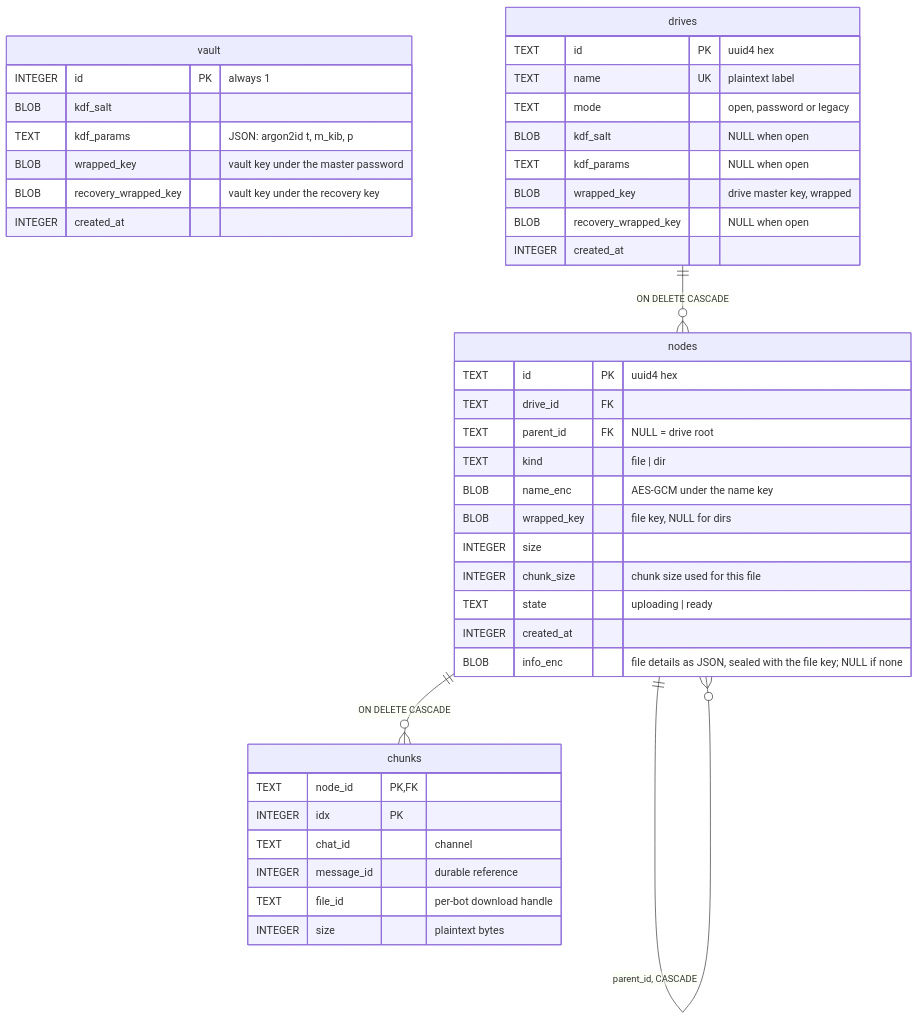
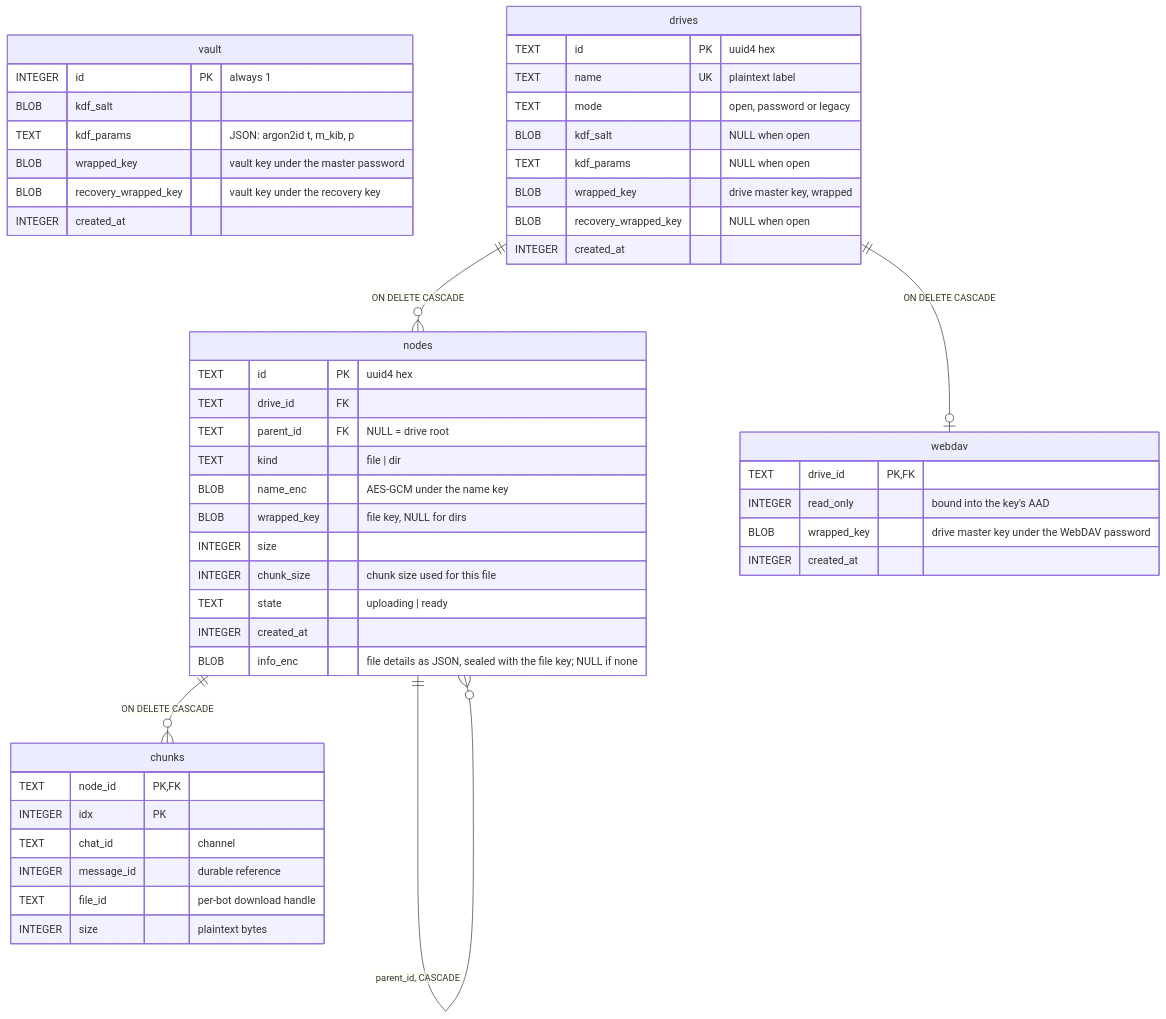
The first of 2 diagrams in docs/data-model.md (iusekarma/tgdrive), drawn with Mermaid before and after one commit. The commit also changed other lines of this file and 18 other files, not shown here.

First line of the commit message:
Add WebDAV access to drives

````diff
--- a/docs/data-model.md
+++ b/docs/data-model.md
@@ -6,45 +6,52 @@
 ```mermaid
 erDiagram
     vault {
         INTEGER id PK "always 1"
         BLOB kdf_salt
         TEXT kdf_params "JSON: argon2id t, m_kib, p"
         BLOB wrapped_key "vault key under the master password"
         BLOB recovery_wrapped_key "vault key under the recovery key"
         INTEGER created_at
     }
     drives {
         TEXT id PK "uuid4 hex"
         TEXT name UK "plaintext label"
         TEXT mode "open, password or legacy"
         BLOB kdf_salt "NULL when open"
         TEXT kdf_params "NULL when open"
         BLOB wrapped_key "drive master key, wrapped"
         BLOB recovery_wrapped_key "NULL when open"
         INTEGER created_at
     }
     nodes {
         TEXT id PK "uuid4 hex"
         TEXT drive_id FK
         TEXT parent_id FK "NULL = drive root"
         TEXT kind "file | dir"
         BLOB name_enc "AES-GCM under the name key"
         BLOB wrapped_key "file key, NULL for dirs"
         INTEGER size
         INTEGER chunk_size "chunk size used for this file"
         TEXT state "uploading | ready"
         INTEGER created_at
         BLOB info_enc "file details as JSON, sealed with the file key; NULL if none"
     }
+    webdav {
+        TEXT drive_id PK,FK
+        INTEGER read_only "bound into the key's AAD"
+        BLOB wrapped_key "drive master key under the WebDAV password"
+        INTEGER created_at
+    }
     chunks {
         TEXT node_id PK,FK
         INTEGER idx PK
         TEXT chat_id "channel"
         INTEGER message_id "durable reference"
         TEXT file_id "per-bot download handle"
         INTEGER size "plaintext bytes"
     }
     drives ||--o{ nodes : "ON DELETE CASCADE"
+    drives ||--o| webdav : "ON DELETE CASCADE"
     nodes ||--o{ nodes : "parent_id, CASCADE"
     nodes ||--o{ chunks : "ON DELETE CASCADE"
 ```
````
